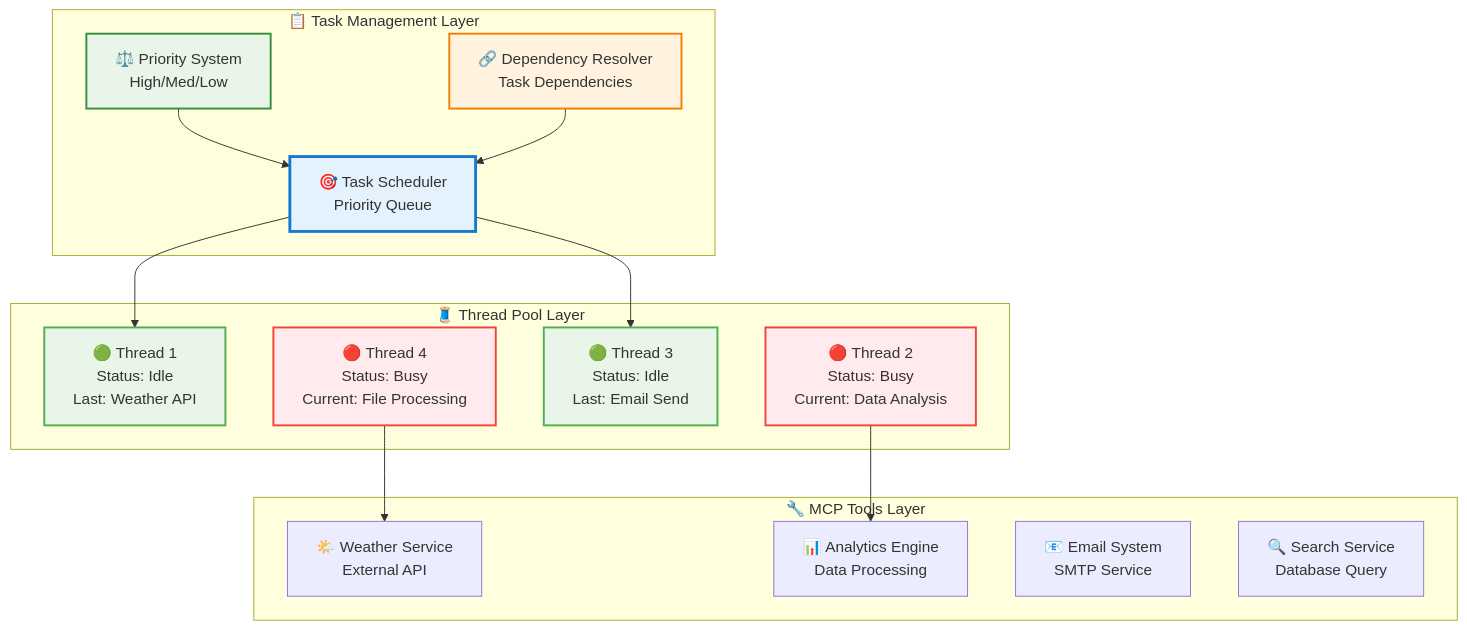
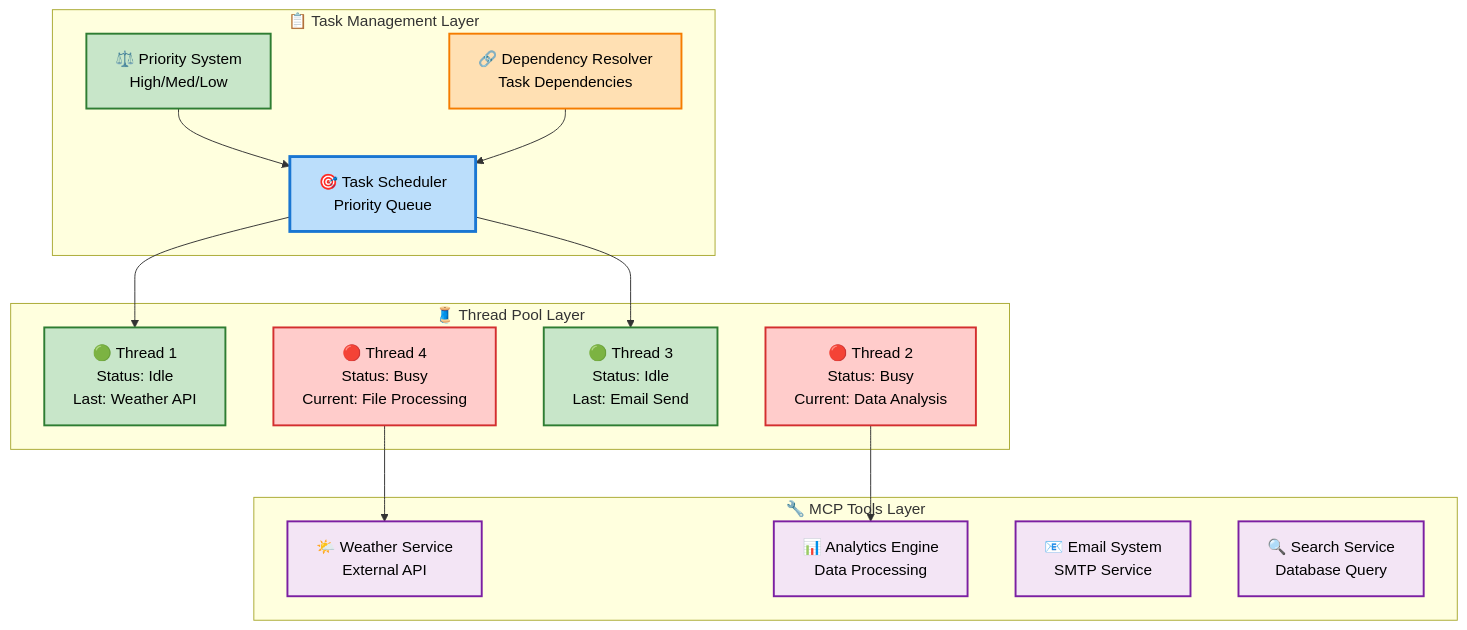
The sixth of 9 diagrams in README.md (CodingButter/advanced-mcp-client), drawn with Mermaid before and after one commit. The commit also changed other lines of this file, not shown here.

````diff
--- a/README.md
+++ b/README.md
@@ -196,38 +261,42 @@
 ```mermaid
 graph TB
-    subgraph "📋 Task Management Layer"
+    subgraph TML["📋 Task Management Layer"]
         TS[🎯 Task Scheduler<br/>Priority Queue]
         PS[⚖️ Priority System<br/>High/Med/Low]
         DS[🔗 Dependency Resolver<br/>Task Dependencies]
     end
     
-    subgraph "🧵 Thread Pool Layer"
+    subgraph TPL["🧵 Thread Pool Layer"]
         T1[🟢 Thread 1<br/>Status: Idle<br/>Last: Weather API]
         T2[🔴 Thread 2<br/>Status: Busy<br/>Current: Data Analysis]
         T3[🟢 Thread 3<br/>Status: Idle<br/>Last: Email Send]
         T4[🔴 Thread 4<br/>Status: Busy<br/>Current: File Processing]
     end
     
-    subgraph "🔧 MCP Tools Layer"
+    subgraph MTL["🔧 MCP Tools Layer"]
         MT1[🌤️ Weather Service<br/>External API]
         MT2[📊 Analytics Engine<br/>Data Processing]
         MT3[📧 Email System<br/>SMTP Service]
         MT4[🔍 Search Service<br/>Database Query]
     end
     
     TS --> T1
     TS --> T3
     PS --> TS
     DS --> TS
     
     T2 --> MT2
     T4 --> MT1
     
-    style TS fill:#e3f2fd,stroke:#1976d2,stroke-width:3px
-    style PS fill:#e8f5e8,stroke:#388e3c,stroke-width:2px
-    style DS fill:#fff3e0,stroke:#f57c00,stroke-width:2px
-    style T1 fill:#e8f5e8,stroke:#4caf50,stroke-width:2px
-    style T2 fill:#ffebee,stroke:#f44336,stroke-width:2px
-    style T3 fill:#e8f5e8,stroke:#4caf50,stroke-width:2px
-    style T4 fill:#ffebee,stroke:#f44336,stroke-width:2px
+    style TS fill:#bbdefb,stroke:#1976d2,stroke-width:3px,color:#000
+    style PS fill:#c8e6c9,stroke:#2e7d32,stroke-width:2px,color:#000
+    style DS fill:#ffe0b3,stroke:#f57c00,stroke-width:2px,color:#000
+    style T1 fill:#c8e6c9,stroke:#2e7d32,stroke-width:2px,color:#000
+    style T2 fill:#ffcccb,stroke:#d32f2f,stroke-width:2px,color:#000
+    style T3 fill:#c8e6c9,stroke:#2e7d32,stroke-width:2px,color:#000
+    style T4 fill:#ffcccb,stroke:#d32f2f,stroke-width:2px,color:#000
+    style MT1 fill:#f3e5f5,stroke:#7b1fa2,stroke-width:2px,color:#000
+    style MT2 fill:#f3e5f5,stroke:#7b1fa2,stroke-width:2px,color:#000
+    style MT3 fill:#f3e5f5,stroke:#7b1fa2,stroke-width:2px,color:#000
+    style MT4 fill:#f3e5f5,stroke:#7b1fa2,stroke-width:2px,color:#000
 ```
````
